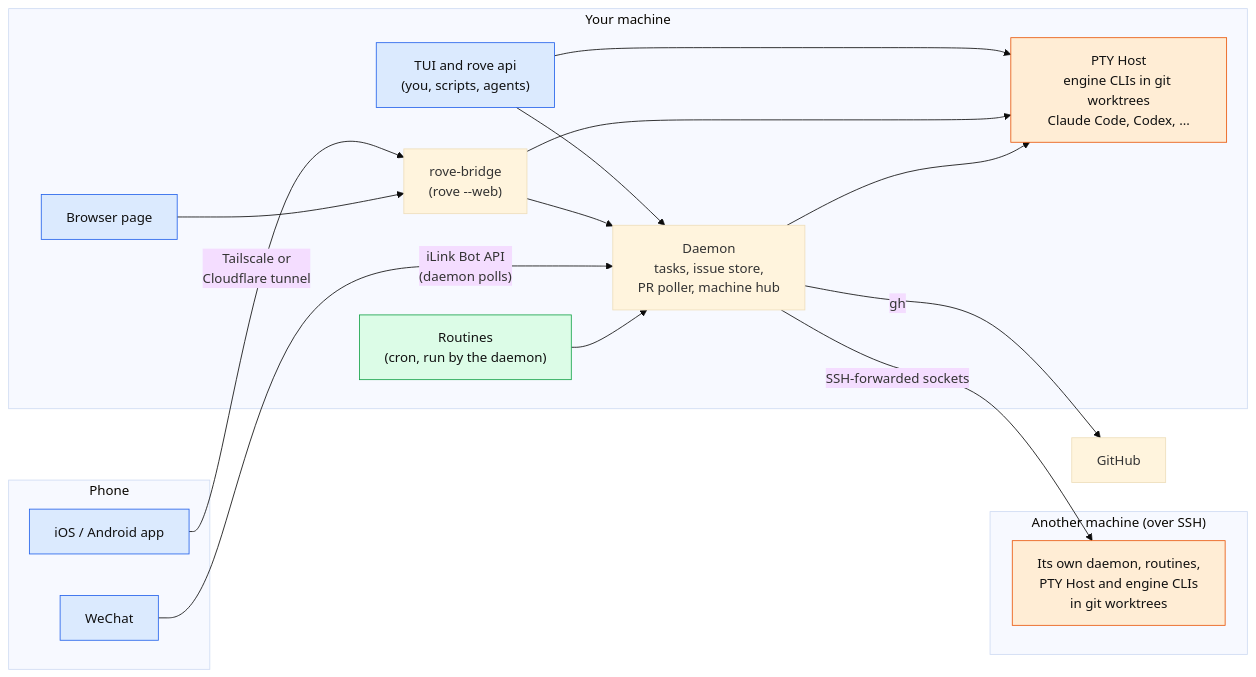
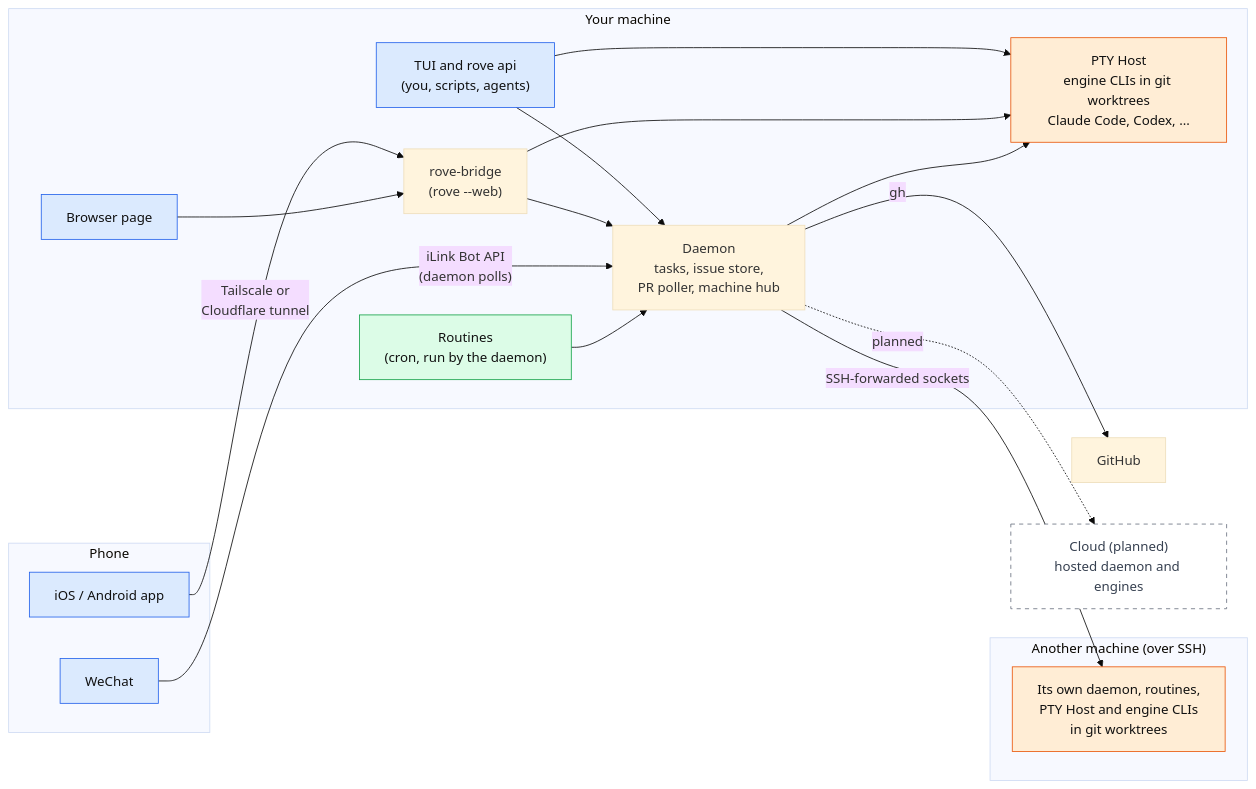
Before and after one commit to Sma1lboy/rove: the diagram in README.md, drawn with Mermaid (base theme). The commit also changed other lines of this file and 2 other files, not shown here.

Commit message:
docs: the architecture diagram points at the roadmap
Adds a dashed 'Cloud (planned)' box to the README and ARCHITECTURE.md diagrams with a one-line pointer to docs/ROADMAP.md. Adds a Roadmap entry to the landing page's llms.txt.

````diff
--- a/README.md
+++ b/README.md
@@ -34,41 +34,45 @@
 ```mermaid
 flowchart LR
   subgraph phone["Phone"]
     app["iOS / Android app"]
     wxapp["WeChat"]
   end
 
   subgraph laptop["Your machine"]
     tui["TUI and rove api<br/>(you, scripts, agents)"]
     browser["Browser page"]
     bridge["rove-bridge<br/>(rove --web)"]
     core["Daemon<br/>tasks, issue store,<br/>PR poller, machine hub"]
     routines["Routines<br/>(cron, run by the daemon)"]
     pty["PTY Host<br/>engine CLIs in git worktrees<br/>Claude Code, Codex, ..."]
   end
 
   subgraph other["Another machine (over SSH)"]
     rhost["Its own daemon, routines,<br/>PTY Host and engine CLIs<br/>in git worktrees"]
   end
 
   github["GitHub"]
+  cloud["Cloud (planned)<br/>hosted daemon and engines"]
 
   app -->|"Tailscale or<br/>Cloudflare tunnel"| bridge
   browser --> bridge
   tui --> core
   tui --> pty
   bridge --> core
   bridge --> pty
   wxapp -->|"iLink Bot API<br/>(daemon polls)"| core
   routines --> core
   core --> pty
   core -->|"gh"| github
   core -->|"SSH-forwarded sockets"| rhost
+  core -.->|"planned"| cloud
 
   classDef client fill:#dbeafe,stroke:#2563eb,color:#111
   classDef engine fill:#ffedd5,stroke:#ea580c,color:#111
   classDef routine fill:#dcfce7,stroke:#16a34a,color:#111
   class app,wxapp,tui,browser client
   class pty,rhost engine
   class routines routine
+  classDef planned fill:#fff,stroke:#6b7280,stroke-dasharray:5 5,color:#374151
+  class cloud planned
 ```
````
